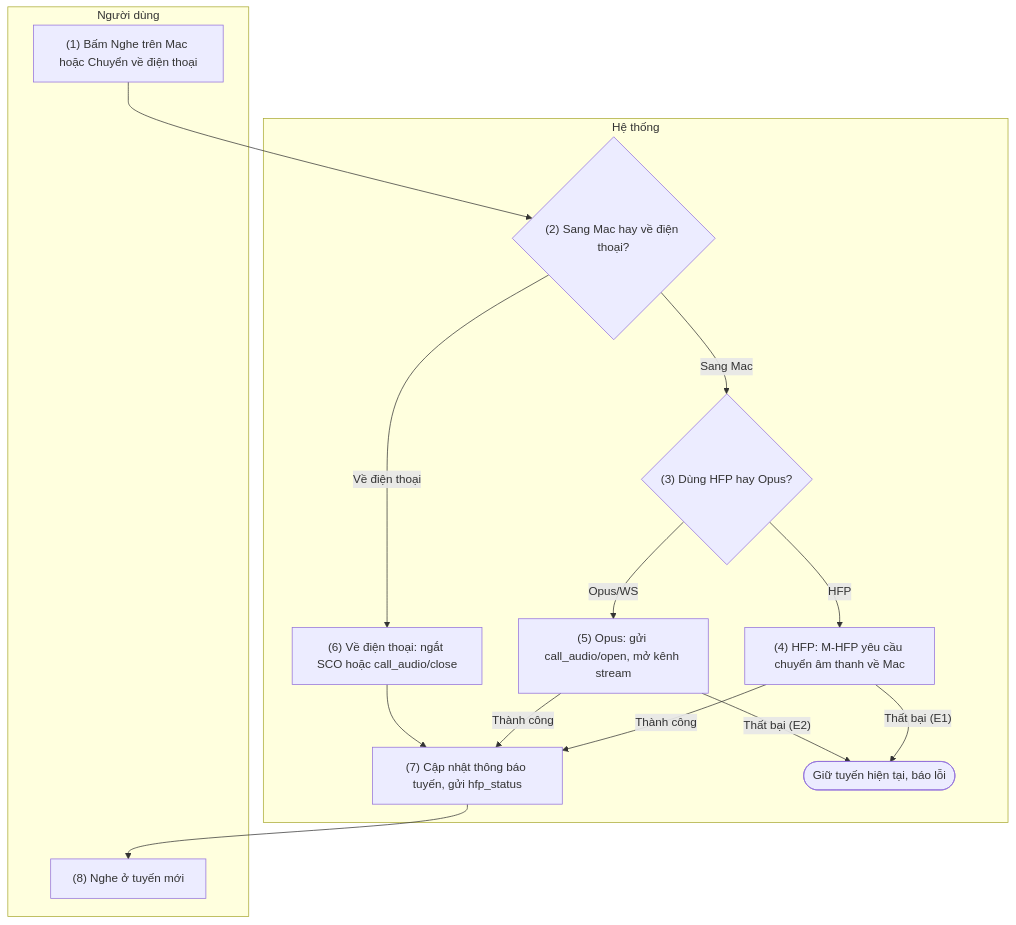
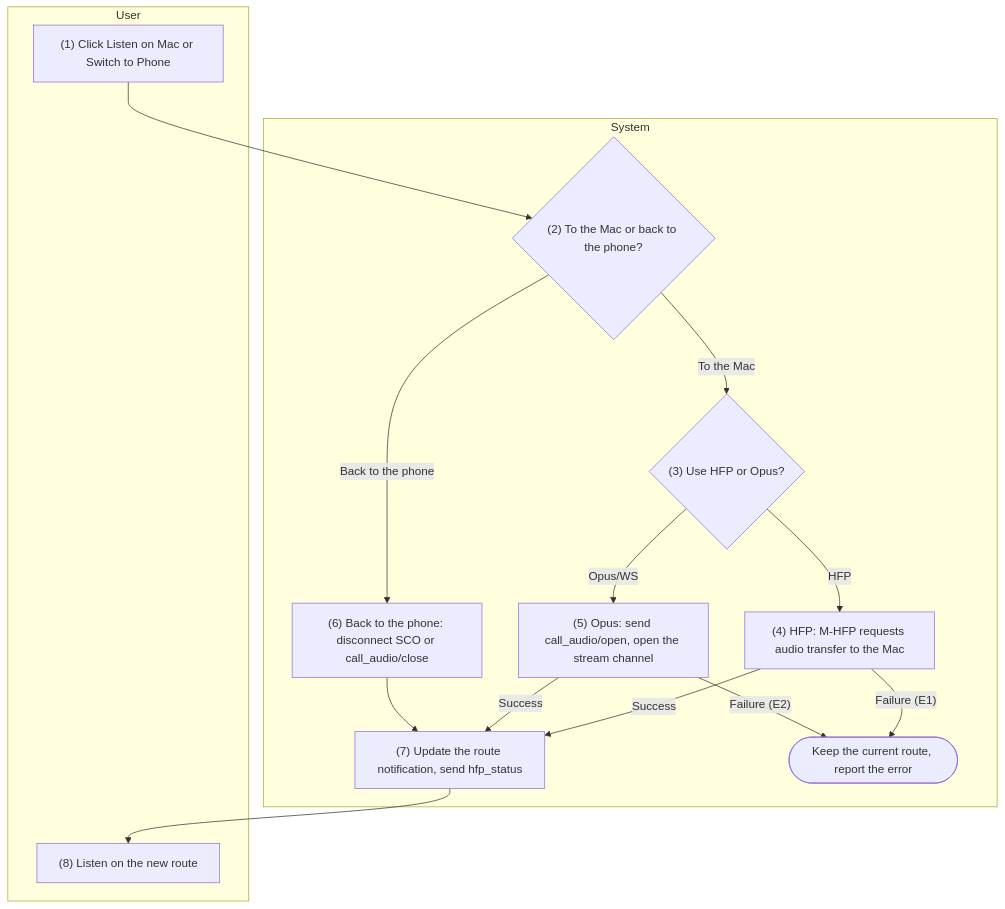
The third of 4 diagrams in docs/detailed-design/07-call-audio.md (HandLive/handlive), drawn with Mermaid before and after one commit. The commit also changed other lines of this file and 1 other file, not shown here.

Commit message:
docs: translate docs/detailed-design/07-call-audio.md into English

````diff
--- a/docs/detailed-design/07-call-audio.md
+++ b/docs/detailed-design/07-call-audio.md
@@ -529,26 +544,26 @@
 ```mermaid
 flowchart TB
-  subgraph ND["Người dùng"]
-    U1["(1) Bấm Nghe trên Mac hoặc Chuyển về điện thoại"]
-    U8["(8) Nghe ở tuyến mới"]
+  subgraph ND["User"]
+    U1["(1) Click Listen on Mac or Switch to Phone"]
+    U8["(8) Listen on the new route"]
   end
-  subgraph HT["Hệ thống"]
-    D2{"(2) Sang Mac hay về điện thoại?"}
-    D3{"(3) Dùng HFP hay Opus?"}
-    S4["(4) HFP: M-HFP yêu cầu chuyển âm thanh về Mac"]
-    S5["(5) Opus: gửi call_audio/open, mở kênh stream"]
-    S6["(6) Về điện thoại: ngắt SCO hoặc call_audio/close"]
-    S7["(7) Cập nhật thông báo tuyến, gửi hfp_status"]
-    X1(["Giữ tuyến hiện tại, báo lỗi"])
+  subgraph HT["System"]
+    D2{"(2) To the Mac or back to the phone?"}
+    D3{"(3) Use HFP or Opus?"}
+    S4["(4) HFP: M-HFP requests audio transfer to the Mac"]
+    S5["(5) Opus: send call_audio/open, open the stream channel"]
+    S6["(6) Back to the phone: disconnect SCO or call_audio/close"]
+    S7["(7) Update the route notification, send hfp_status"]
+    X1(["Keep the current route, report the error"])
   end
   U1 --> D2
-  D2 -- "Sang Mac" --> D3
-  D2 -- "Về điện thoại" --> S6
+  D2 -- "To the Mac" --> D3
+  D2 -- "Back to the phone" --> S6
   D3 -- "HFP" --> S4
   D3 -- "Opus/WS" --> S5
-  S4 -- "Thành công" --> S7
-  S4 -- "Thất bại (E1)" --> X1
-  S5 -- "Thành công" --> S7
-  S5 -- "Thất bại (E2)" --> X1
+  S4 -- "Success" --> S7
+  S4 -- "Failure (E1)" --> X1
+  S5 -- "Success" --> S7
+  S5 -- "Failure (E2)" --> X1
   S6 --> S7 --> U8
 ```
````
